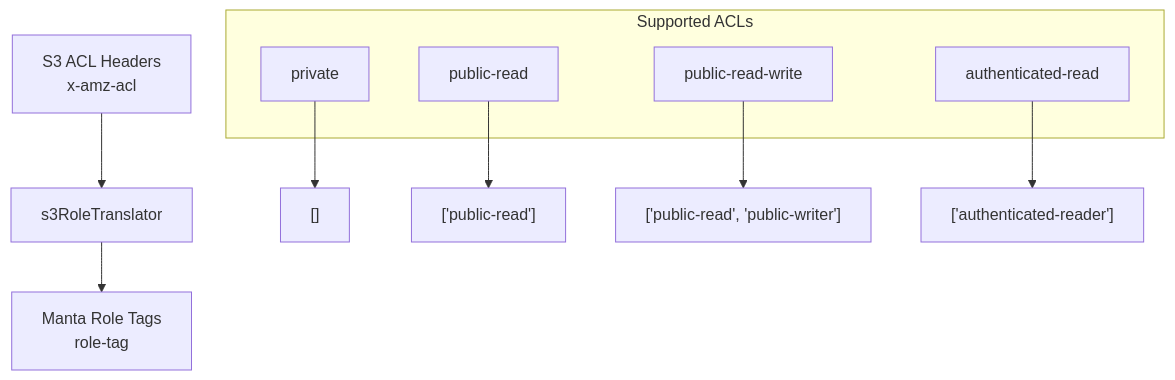
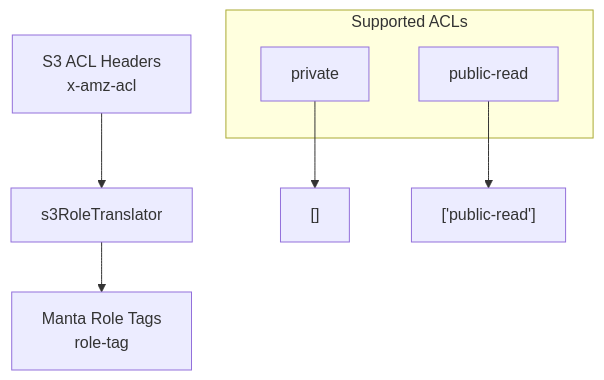
Before and after one commit to TritonDataCenter/manta-buckets-api: the fourth of 18 diagrams in docs/architecture.md, drawn with Mermaid. The commit also changed other lines of this file, not shown here.

Commit message:
Remove non supported roles.

````diff
--- a/docs/architecture.md
+++ b/docs/architecture.md
@@ -119,17 +119,13 @@
 ```mermaid
 graph TB
     S3ACL[S3 ACL Headers<br/>x-amz-acl] --> Translator[s3RoleTranslator]
     Translator --> MantaRoles[Manta Role Tags<br/>role-tag]
     
     subgraph "Supported ACLs"
         Private[private]
         PublicRead[public-read] 
-        PublicWrite[public-read-write]
-        AuthRead[authenticated-read]
     end
     
     Private --> EmptyRoles["[]"]
     PublicRead --> PublicReadRole["['public-read']"]
-    PublicWrite --> PublicWriteRoles["['public-read', 'public-writer']"]
-    AuthRead --> AuthRoles["['authenticated-reader']"]
 ```
````
